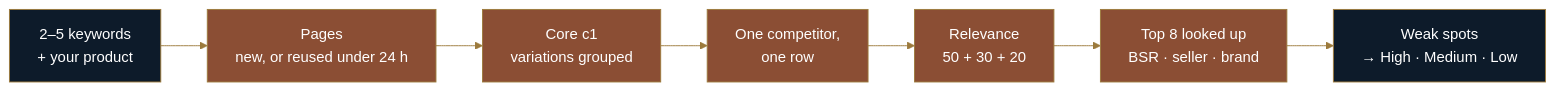
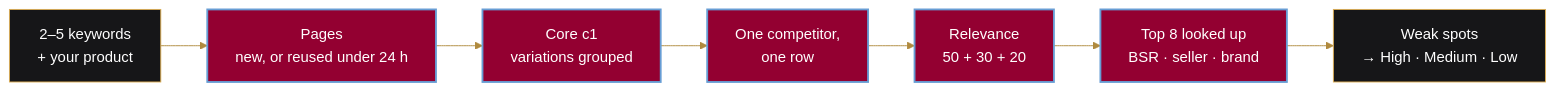
Before and after one commit to Mohib-Ur-Rehman-automation/amazon-toolkit: the diagram in i3-competitor-targeting/README.md, drawn with Mermaid. The commit also changed 33 other files, not shown here.

````diff
--- a/i3-competitor-targeting/README.md
+++ b/i3-competitor-targeting/README.md
@@ -35,14 +35,14 @@
 ```mermaid
-%%{init: {'theme':'base','themeVariables':{'fontFamily':'Georgia, serif','lineColor':'#9C7A3C','textColor':'#1f2328','edgeLabelBackground':'#f7f5f2'}}}%%
+%%{init: {'theme':'base','themeVariables':{'fontFamily':'Georgia, serif','lineColor':'#B08A3E','textColor':'#1f2328','edgeLabelBackground':'#f7f5f2'}}}%%
 flowchart LR
   A["2–5 keywords<br/>+ your product"] --> B["Pages<br/>new, or reused under 24 h"]
   B --> C["Core c1<br/>variations grouped"]
   C --> D["One competitor,<br/>one row"]
   D --> E["Relevance<br/>50 + 30 + 20"]
   E --> F["Top 8 looked up<br/>BSR · seller · brand"]
   F --> G["Weak spots<br/>→ High · Medium · Low"]
-  classDef step fill:#8B4E34,stroke:#9C7A3C,color:#ffffff;
-  classDef io fill:#0D1B2A,stroke:#9C7A3C,color:#ffffff;
+  classDef step fill:#930031,stroke:#679DD4,stroke-width:2px,color:#ffffff;
+  classDef io fill:#161618,stroke:#DAAC53,color:#ffffff;
   class A,G io;
   class B,C,D,E,F step;
 ```
````
